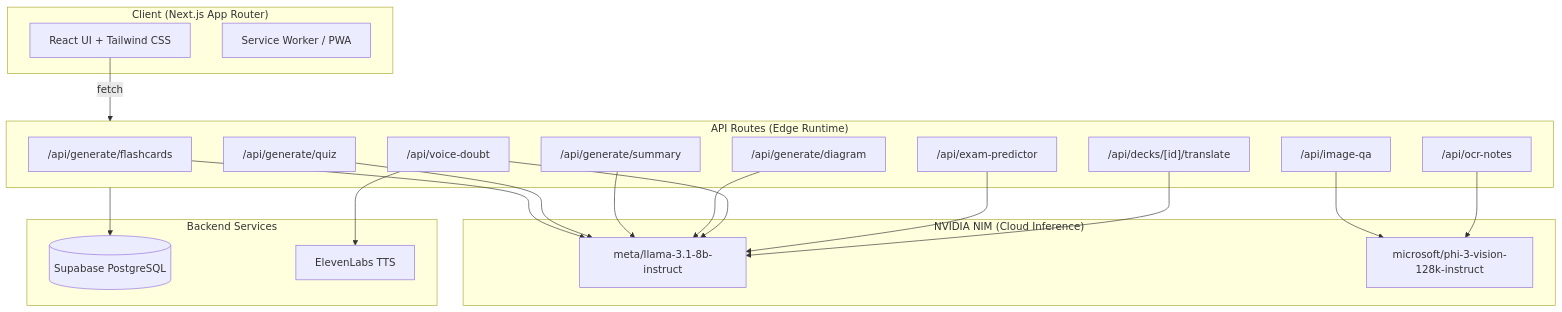
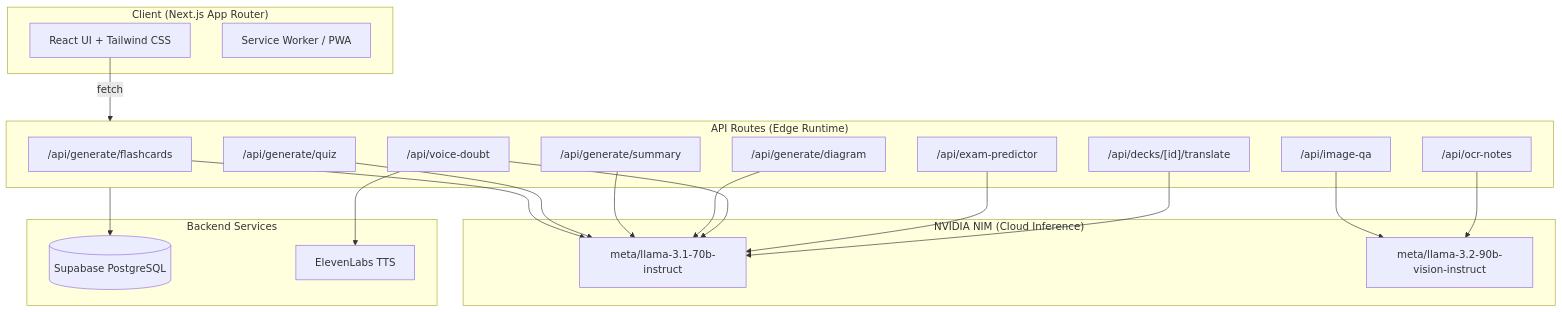
Before and after one commit to mahipal1008/educard-ai: the diagram in README.md, drawn with Mermaid. The commit also changed other lines of this file and 8 other files, not shown here.

````diff
--- a/README.md
+++ b/README.md
@@ -17,42 +17,42 @@
 ```mermaid
 flowchart TD
     subgraph Client["Client (Next.js App Router)"]
         UI[React UI + Tailwind CSS]
         SW[Service Worker / PWA]
     end
 
     subgraph API["API Routes (Edge Runtime)"]
         FC["/api/generate/flashcards"]
         QZ["/api/generate/quiz"]
         SM["/api/generate/summary"]
         DG["/api/generate/diagram"]
         VD["/api/voice-doubt"]
         EP["/api/exam-predictor"]
         IQ["/api/image-qa"]
         OCR["/api/ocr-notes"]
         TR["/api/decks/[id]/translate"]
     end
 
     subgraph NVIDIA["NVIDIA NIM (Cloud Inference)"]
-        LLM["meta/llama-3.1-8b-instruct"]
-        VIS["microsoft/phi-3-vision-128k-instruct"]
+        LLM["meta/llama-3.1-70b-instruct"]
+        VIS["meta/llama-3.2-90b-vision-instruct"]
     end
 
     subgraph Backend["Backend Services"]
         SB[(Supabase PostgreSQL)]
         EL[ElevenLabs TTS]
     end
 
     UI -->|fetch| API
     FC --> LLM
     QZ --> LLM
     SM --> LLM
     DG --> LLM
     VD --> LLM
     EP --> LLM
     TR --> LLM
     IQ --> VIS
     OCR --> VIS
     VD --> EL
     API --> SB
 ```
````
